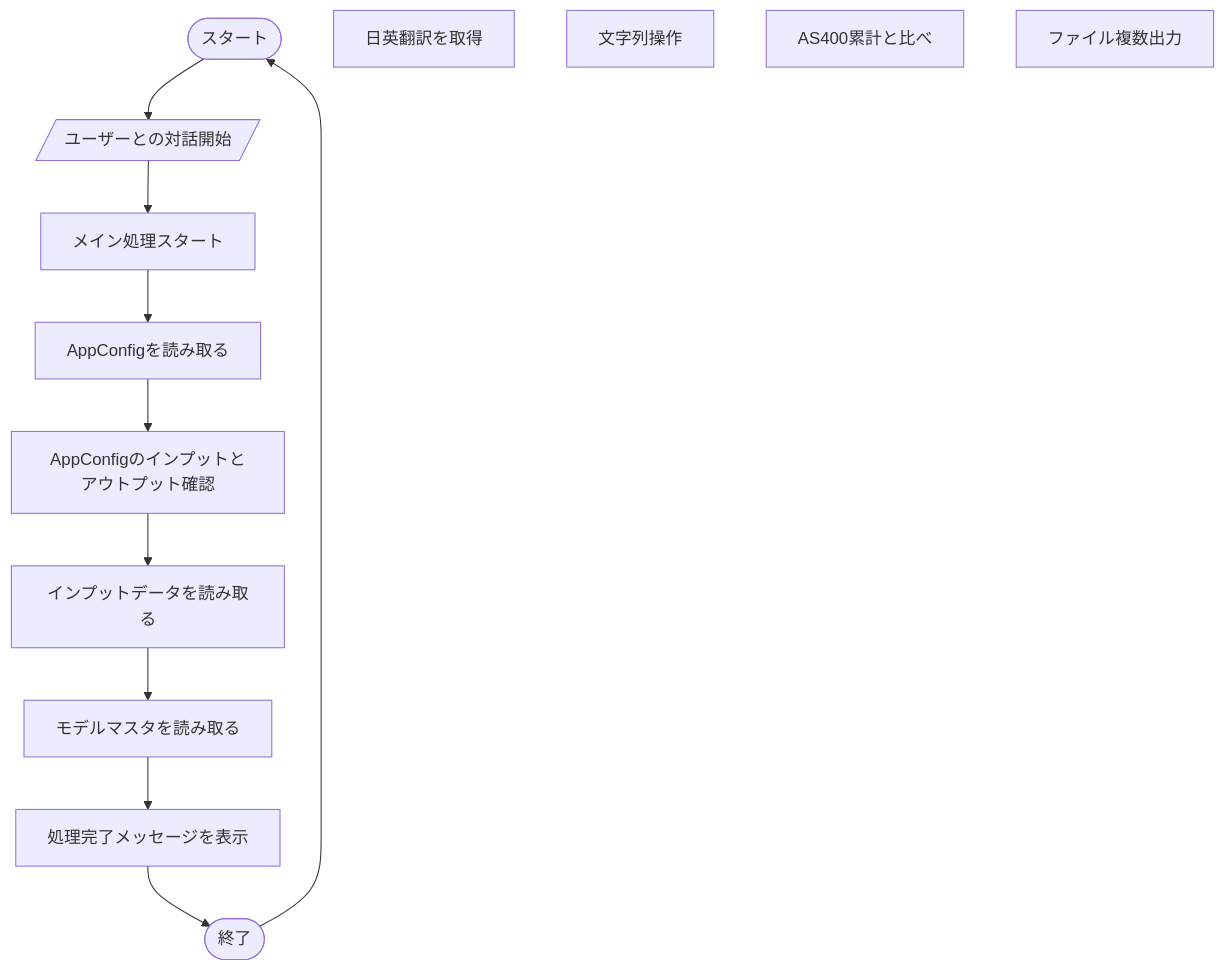
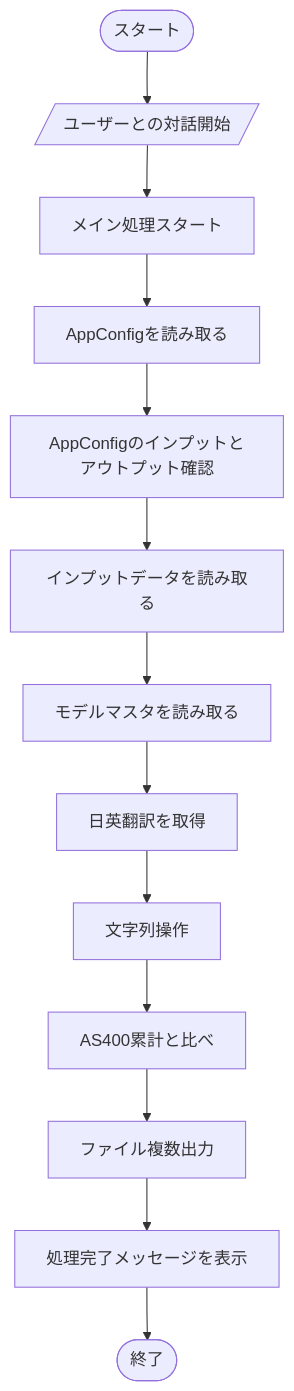
The diagram in flowcharts/conception.mmd (rhoenkelevra/pre_commit), drawn with Mermaid before and after one commit. The commit also changed other lines of this file and 1 other file, not shown here.

```diff
--- a/flowcharts/conception.mmd
+++ b/flowcharts/conception.mmd
@@ -1,26 +1,28 @@
 flowchart TB
     start(["スタート"])
     UserInteraction[/"ユーザーとの対話開始"/]
     StartMainProcess["メイン処理スタート"]
     LoadAppConfig["AppConfigを読み取る"]
     CheckInputs/OutputsFromConfig["AppConfigのインプットとアウトプット確認"]
     LoadInputFiles["インプットデータを読み取る"]
     LoadMasterFile["モデルマスタを読み取る"]
     GetTranslations["日英翻訳を取得"]
     Check/ChangeStrings["文字列操作"]
     CompareWithPrevious["AS400累計と比べ"]
     OutputFiles["ファイル複数出力"]
     OutputFinalMessage["処理完了メッセージを表示"]
     End(["終了"])
 
     start
     --> UserInteraction
     --> StartMainProcess
     --> LoadAppConfig
     --> CheckInputs/OutputsFromConfig
     --> LoadInputFiles
     --> LoadMasterFile
-    
+    --> GetTranslations
+    --> Check/ChangeStrings
+    --> CompareWithPrevious
+    --> OutputFiles
     --> OutputFinalMessage
     --> End
-    --> start 
```
